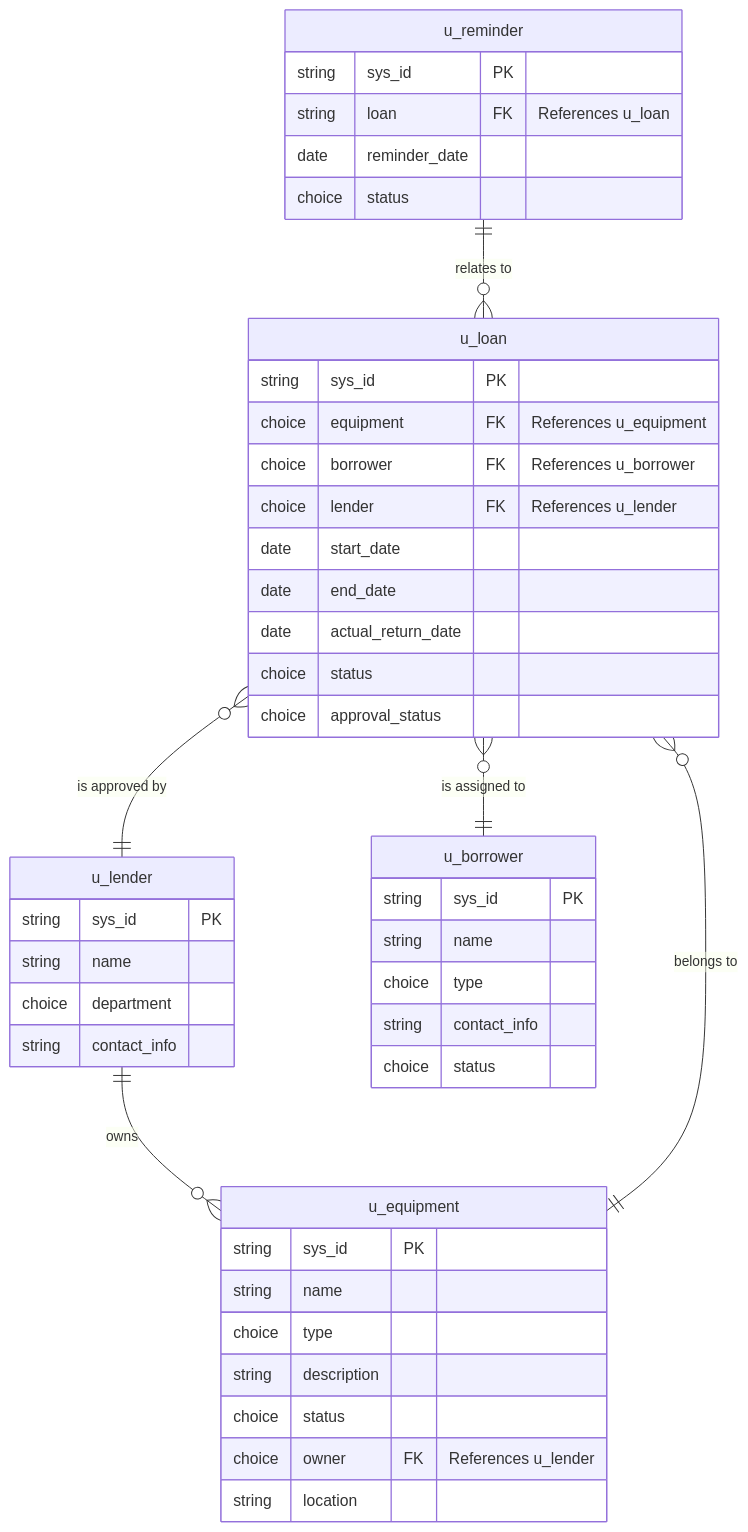
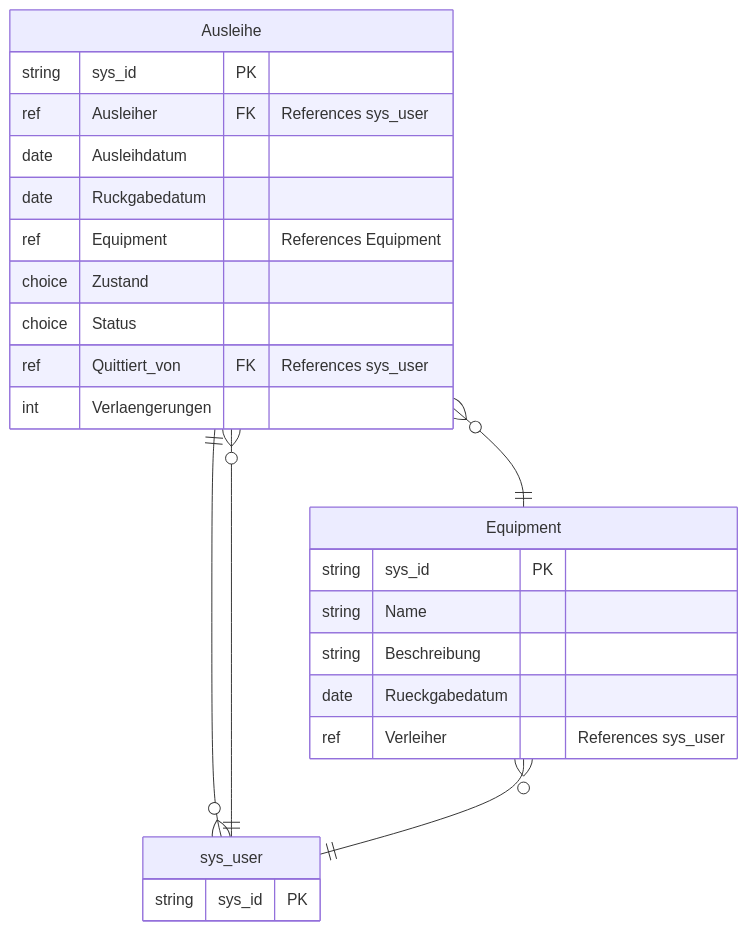
Before and after one commit to OutmaAixLara/BorrowNOW: the diagram in datenmodell.md, drawn with Mermaid. The commit also changed 2 other files, not shown here.

Commit message:
Adjusted the Datamodell

````diff
--- a/datenmodell.md
+++ b/datenmodell.md
@@ -1,55 +1,36 @@
 ```mermaid
 erDiagram
-    u_equipment {
+    Ausleihe {
         string sys_id PK
-        string name
-        choice type
-        string description
-        choice status
-        choice owner FK "References u_lender"
-        string location
+        ref Ausleiher FK "References sys_user"
+        date Ausleihdatum
+        date Ruckgabedatum
+        ref Equipment "References Equipment"
+        choice Zustand
+        choice Status
+        ref Quittiert_von FK "References sys_user"
+        int Verlaengerungen
+
     }
 
-    u_lender {
+    Equipment {
         string sys_id PK
-        string name
-        choice department
-        string contact_info
+        string Name
+        string Beschreibung
+        date Rueckgabedatum
+        ref Verleiher "References sys_user"
     }
 
-    u_borrower {
+    sys_user {
         string sys_id PK
-        string name
-        choice type
-        string contact_info
-        choice status
     }
 
-    u_loan {
-        string sys_id PK
-        choice equipment FK "References u_equipment"
-        choice borrower FK "References u_borrower"
-        choice lender FK "References u_lender"
-        date start_date
-        date end_date
-        date actual_return_date
-        choice status
-        choice approval_status
-    }
-
-    u_reminder {
-        string sys_id PK
-        string loan FK "References u_loan"
-        date reminder_date
-        choice status
-    }
 
     %% Relationships
-    u_lender ||--o{ u_equipment : "owns"
-    u_loan }o--|| u_equipment : "belongs to"
-    u_loan }o--|| u_borrower : "is assigned to"
-    u_loan }o--|| u_lender : "is approved by"
-    u_reminder ||--o{ u_loan : "relates to"
-
+    Ausleihe ||--o{ sys_user : ""
+    Ausleihe }o--|| sys_user : ""
+    Ausleihe }o--|| Equipment : ""
+    Equipment }o--|| sys_user : ""
+  
 
 ```
````
